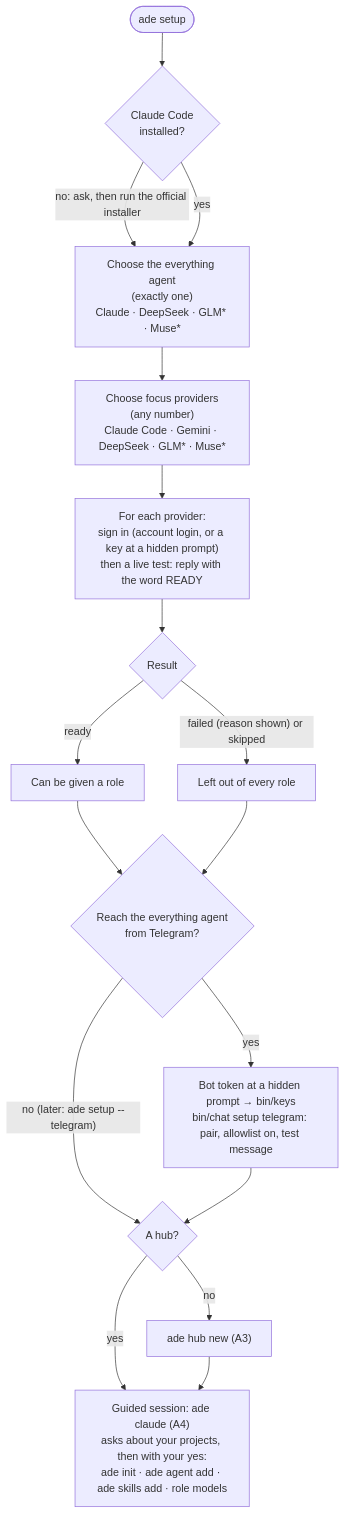
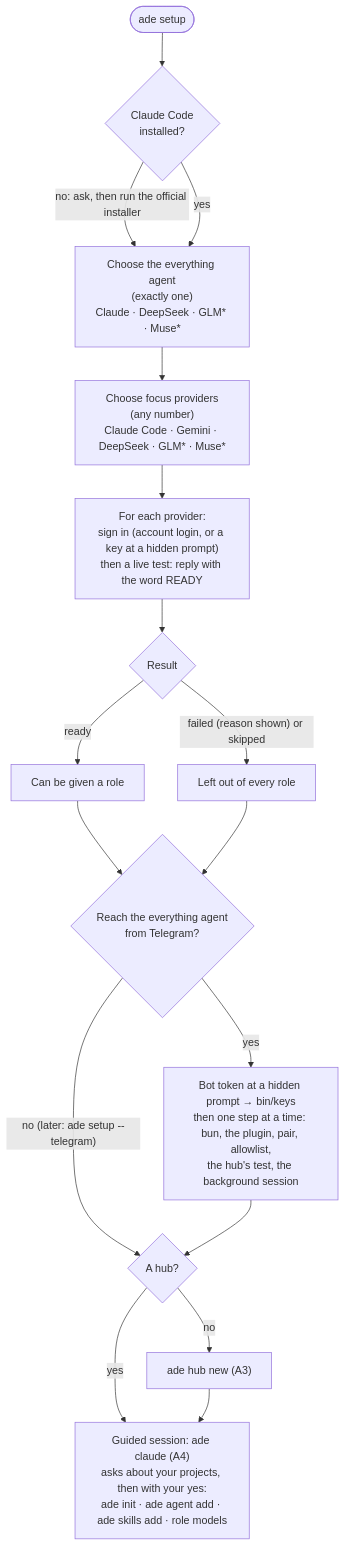
One commit to better-ade/ade-cli changed the second of 3 diagrams in README.md. Above: the diagram before and after it, drawn with Mermaid. The commit also changed other lines of this file and 11 other files, not shown here.

````diff
--- a/README.md
+++ b/README.md
@@ -137,19 +137,19 @@
 ```mermaid
 flowchart TD
   start(["ade setup"]) --> cc{"Claude Code<br/>installed?"}
   cc -->|"no: ask, then run the official installer"| top
   cc -->|"yes"| top
   top["Choose the everything agent<br/>(exactly one)<br/>Claude · DeepSeek · GLM* · Muse*"] --> focus
   focus["Choose focus providers<br/>(any number)<br/>Claude Code · Gemini · DeepSeek · GLM* · Muse*"] --> each
   each["For each provider:<br/>sign in (account login, or a key at a hidden prompt)<br/>then a live test: reply with the word READY"] --> result{"Result"}
   result -->|"ready"| roles["Can be given a role"]
   result -->|"failed (reason shown) or skipped"| out["Left out of every role"]
   roles --> tgq{"Reach the everything agent<br/>from Telegram?"}
   out --> tgq
-  tgq -->|"yes"| tg["Bot token at a hidden prompt → bin/keys<br/>bin/chat setup telegram: pair, allowlist on, test message"]
+  tgq -->|"yes"| tg["Bot token at a hidden prompt → bin/keys<br/>then one step at a time: bun, the plugin, pair, allowlist,<br/>the hub's test, the background session"]
   tgq -->|"no (later: ade setup --telegram)"| hub
   tg --> hub{"A hub?"}
   hub -->|"no"| new["ade hub new (A3)"]
   hub -->|"yes"| guided
   new --> guided["Guided session: ade claude (A4)<br/>asks about your projects, then with your yes:<br/>ade init · ade agent add · ade skills add · role models"]
 ```
````
